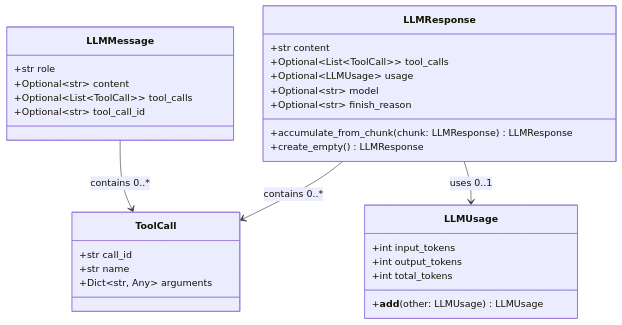
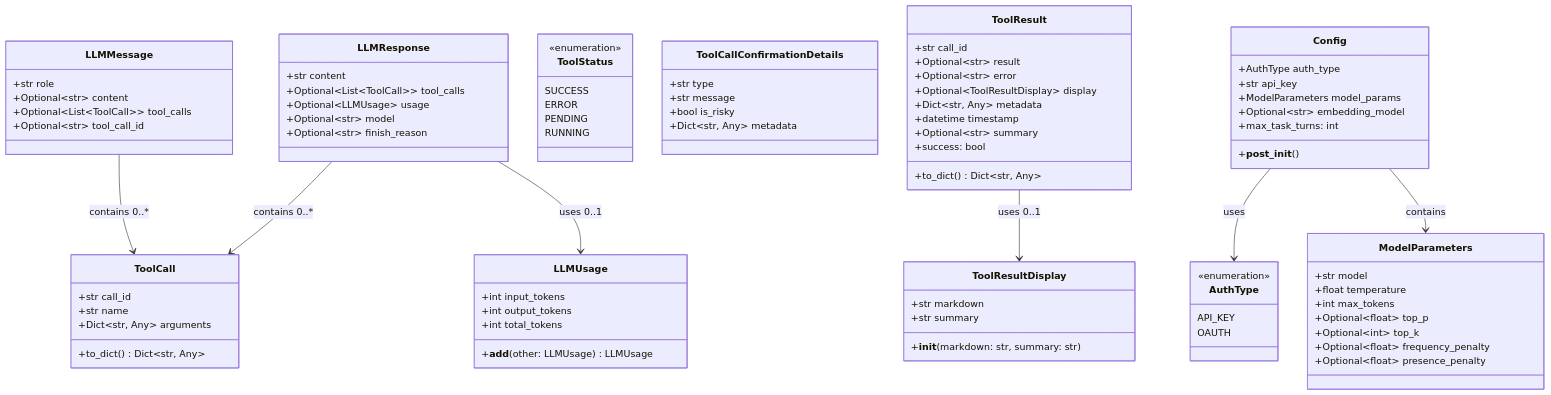
The diagram in docs/UML.md (leeyeel/Pywen), drawn with Mermaid before and after one commit. The commit also changed 4 other files, not shown here.

````diff
--- a/docs/UML.md
+++ b/docs/UML.md
@@ -1,11 +1,6 @@
 ```mermaid
 classDiagram
-    class ToolCall {
-        +str call_id
-        +str name
-        +Dict~str, Any~ arguments
-    }
-
+    %% llm_basics.py
     class LLMMessage {
         +str role
         +Optional~str~ content
@@ -26,13 +21,86 @@
         +Optional~LLMUsage~ usage
         +Optional~str~ model
         +Optional~str~ finish_reason
-        +accumulate_from_chunk(chunk: LLMResponse) LLMResponse
-        +create_empty() LLMResponse
+    }
+
+    %% tool_basics.py
+    class ToolCall {
+        +str call_id
+        +str name
+        +Dict~str, Any~ arguments
+        +to_dict() Dict~str, Any~
+    }
+
+    class ToolStatus {
+        <<enumeration>>
+        SUCCESS
+        ERROR
+        PENDING
+        RUNNING
+    }
+
+    class ToolResultDisplay {
+        +str markdown
+        +str summary
+        +__init__(markdown: str, summary: str)
+    }
+
+    class ToolCallConfirmationDetails {
+        +str type
+        +str message
+        +bool is_risky
+        +Dict~str, Any~ metadata
+    }
+
+    class ToolResult {
+        +str call_id
+        +Optional~str~ result
+        +Optional~str~ error
+        +Optional~ToolResultDisplay~ display
+        +Dict~str, Any~ metadata
+        +datetime timestamp
+        +Optional~str~ summary
+        +success: bool
+        +to_dict() Dict~str, Any~
+    }
+
+    %% llm_config.py
+    class AuthType {
+        <<enumeration>>
+        API_KEY
+        OAUTH
+    }
+
+    class ModelParameters {
+        +str model
+        +float temperature
+        +int max_tokens
+        +Optional~float~ top_p
+        +Optional~int~ top_k
+        +Optional~float~ frequency_penalty
+        +Optional~float~ presence_penalty
+    }
+
+    class Config {
+        +AuthType auth_type
+        +str api_key
+        +ModelParameters model_params
+        +Optional~str~ embedding_model
+        +max_task_turns: int
+        +__post_init__()
     }
 
     %% 关系
     LLMMessage --> ToolCall : contains 0..*
     LLMResponse --> ToolCall : contains 0..*
     LLMResponse --> LLMUsage : uses 0..1
+    ToolResult --> ToolResultDisplay : uses 0..1
+    Config --> AuthType : uses
+    Config --> ModelParameters : contains
+
+    %% 样式
+    classDef enumClass fill:#e1f5fe
+    classDef dataClass fill:#f3e5f5
+    classDef configClass fill:#e8f5e8
 
 ```
````
